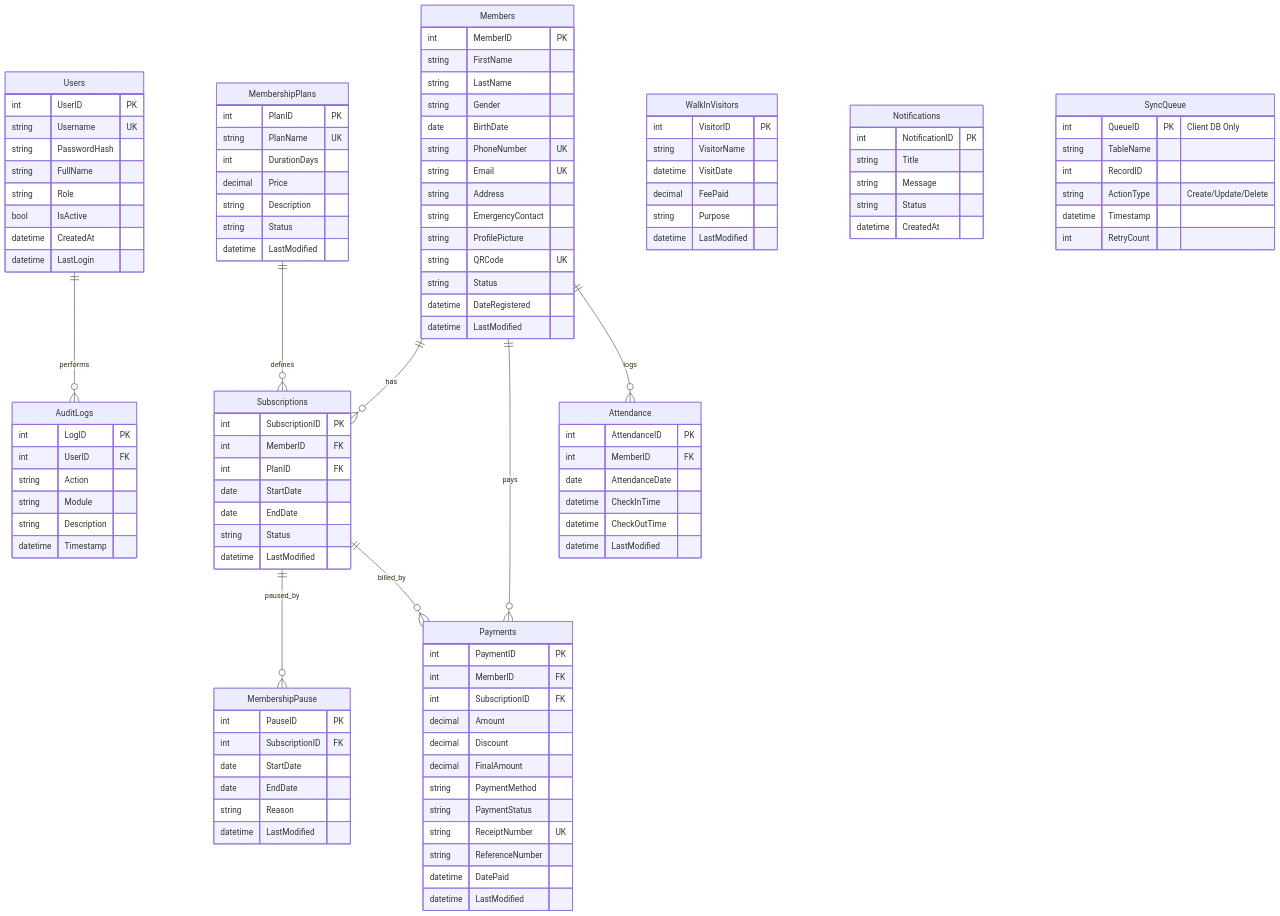
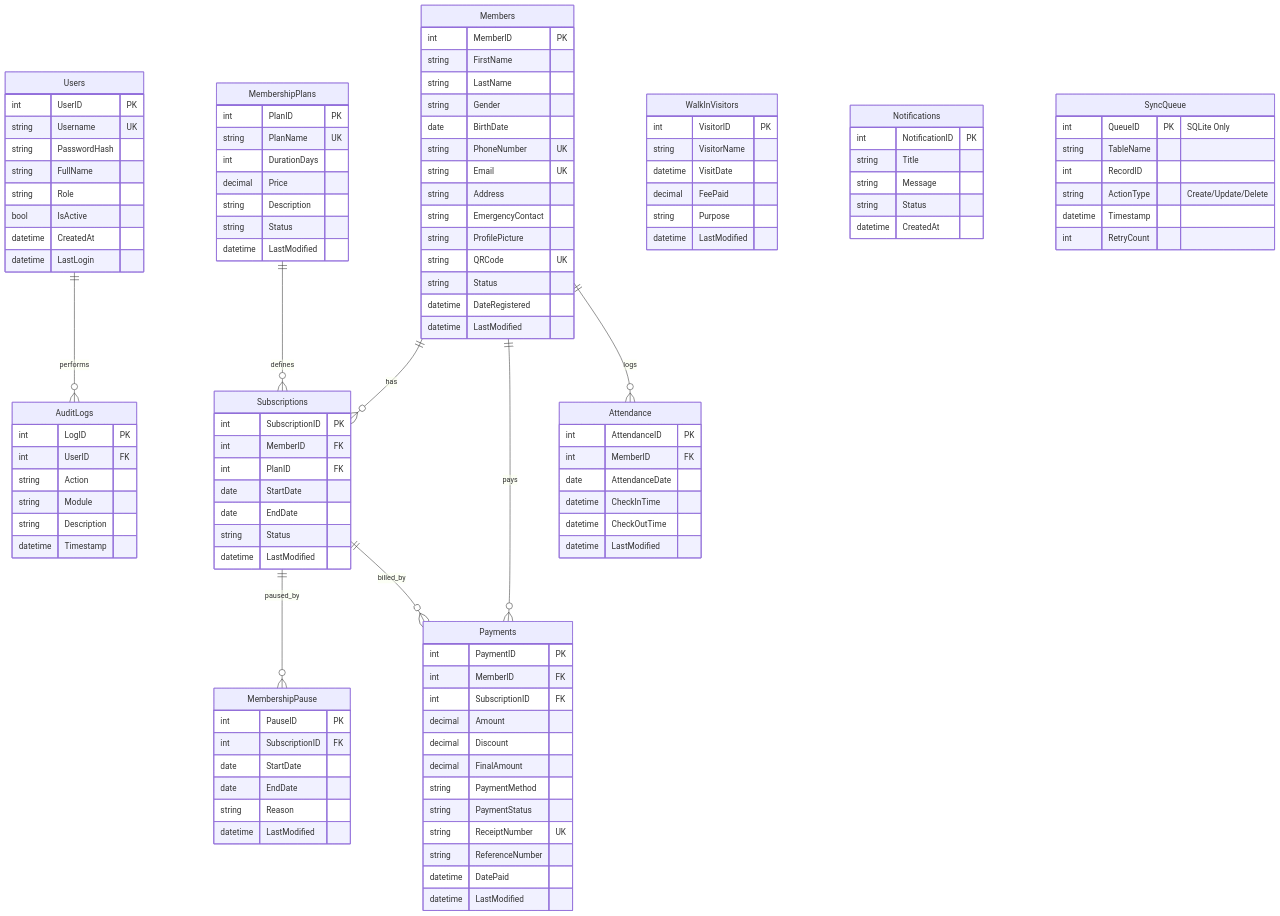
Before and after one commit to Kimchi991/GYM-TRACK: the diagram in docs/04_Database.md, drawn with Mermaid. The commit also changed other lines of this file and 7 other files, not shown here.

```diff
--- a/docs/04_Database.md
+++ b/docs/04_Database.md
@@ -126,7 +126,7 @@
     }
     
     SyncQueue {
-        int QueueID PK "Client DB Only"
+        int QueueID PK "SQLite Only"
         string TableName
         int RecordID
         string ActionType "Create/Update/Delete"
```
